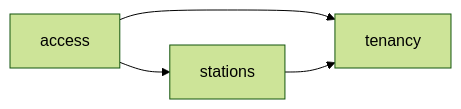
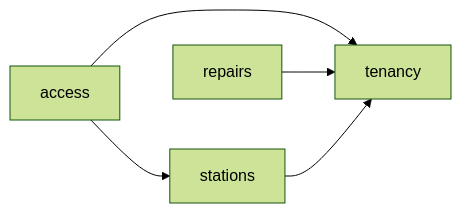
One commit to luisgtzaviles/SrTaller-2.0 changed the diagram in docs/architecture-readiness/dec-005-materialization/DEPENDENCY_GRAPH.md. Above: the diagram before and after it, drawn with Mermaid (forest theme). The commit also changed other lines of this file and 12 other files, not shown here.

````diff
--- a/docs/architecture-readiness/dec-005-materialization/DEPENDENCY_GRAPH.md
+++ b/docs/architecture-readiness/dec-005-materialization/DEPENDENCY_GRAPH.md
@@ -5,6 +5,7 @@
 ```mermaid
 flowchart LR
   access --> stations
   access --> tenancy
+  repairs --> tenancy
   stations --> tenancy
 ```
````
